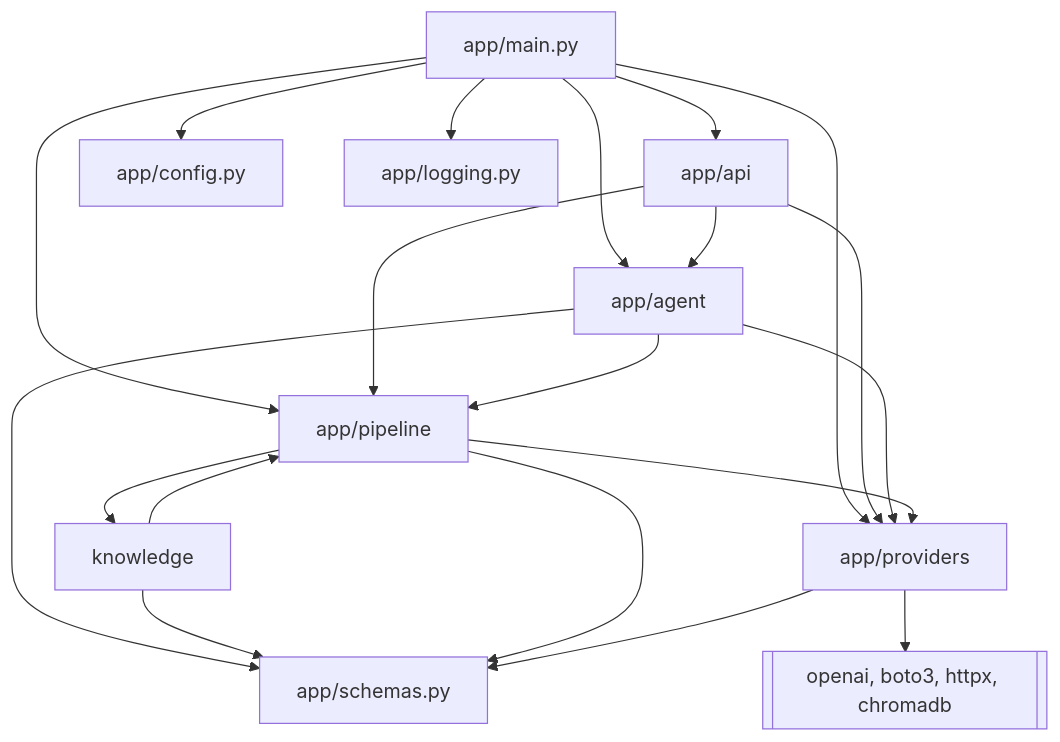
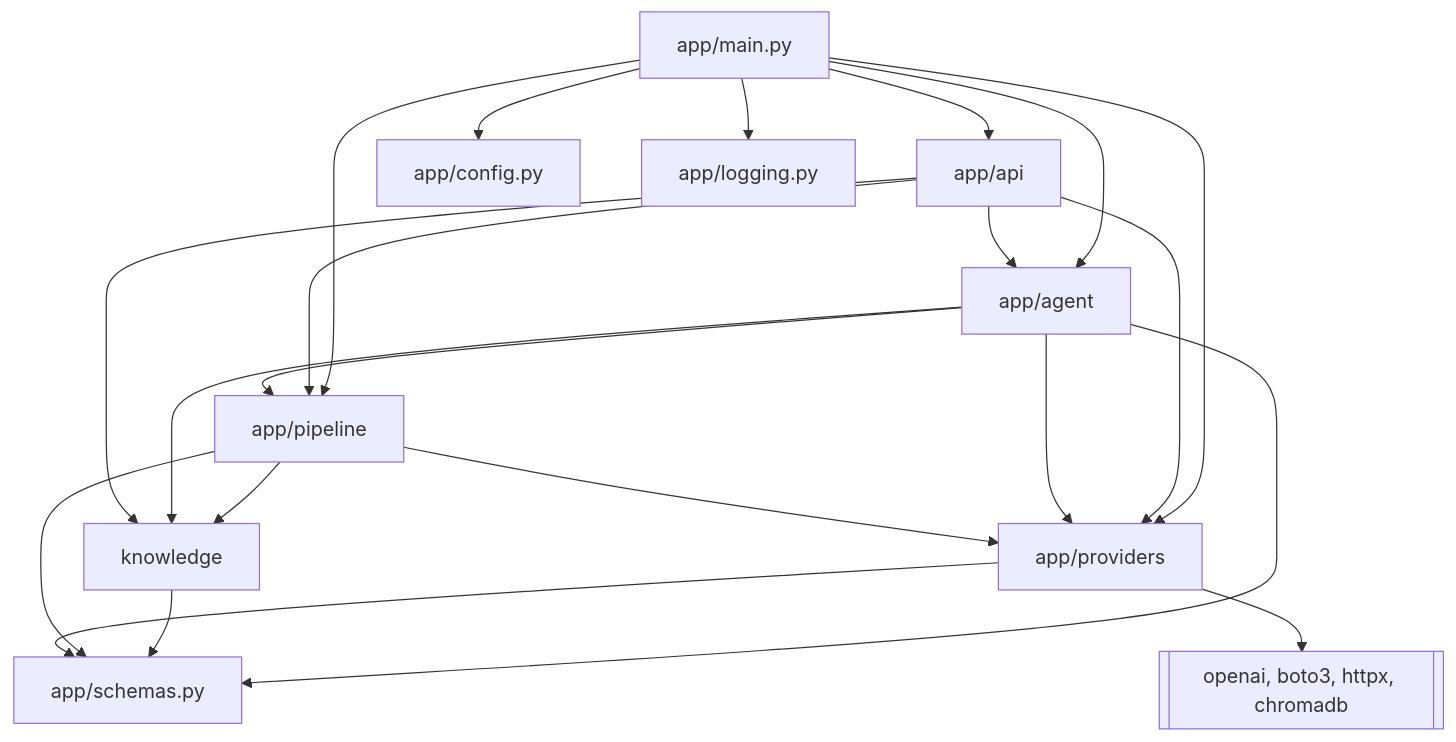
The second of 6 diagrams in docs/architecture.md (monitus2022/owl-online), drawn with Mermaid before and after one commit. The commit also changed other lines of this file and 16 other files, not shown here.

````diff
--- a/docs/architecture.md
+++ b/docs/architecture.md
@@ -168,22 +168,23 @@
 ```mermaid
 flowchart TD
   main[app/main.py] --> api[app/api]
   main --> agent[app/agent]
   main --> pipeline[app/pipeline]
   main --> providers[app/providers]
   main --> config[app/config.py]
   main --> log[app/logging.py]
   api --> agent
   api --> pipeline
   api --> providers
   agent --> pipeline
   pipeline --> knowledge
+  agent --> knowledge
+  api --> knowledge
   agent --> providers
   agent --> schemas
-  knowledge --> pipeline
   knowledge --> schemas
   pipeline --> providers
   pipeline --> schemas[app/schemas.py]
   providers --> schemas
   providers --> sdk[[openai, boto3, httpx, chromadb]]
 ```
````
